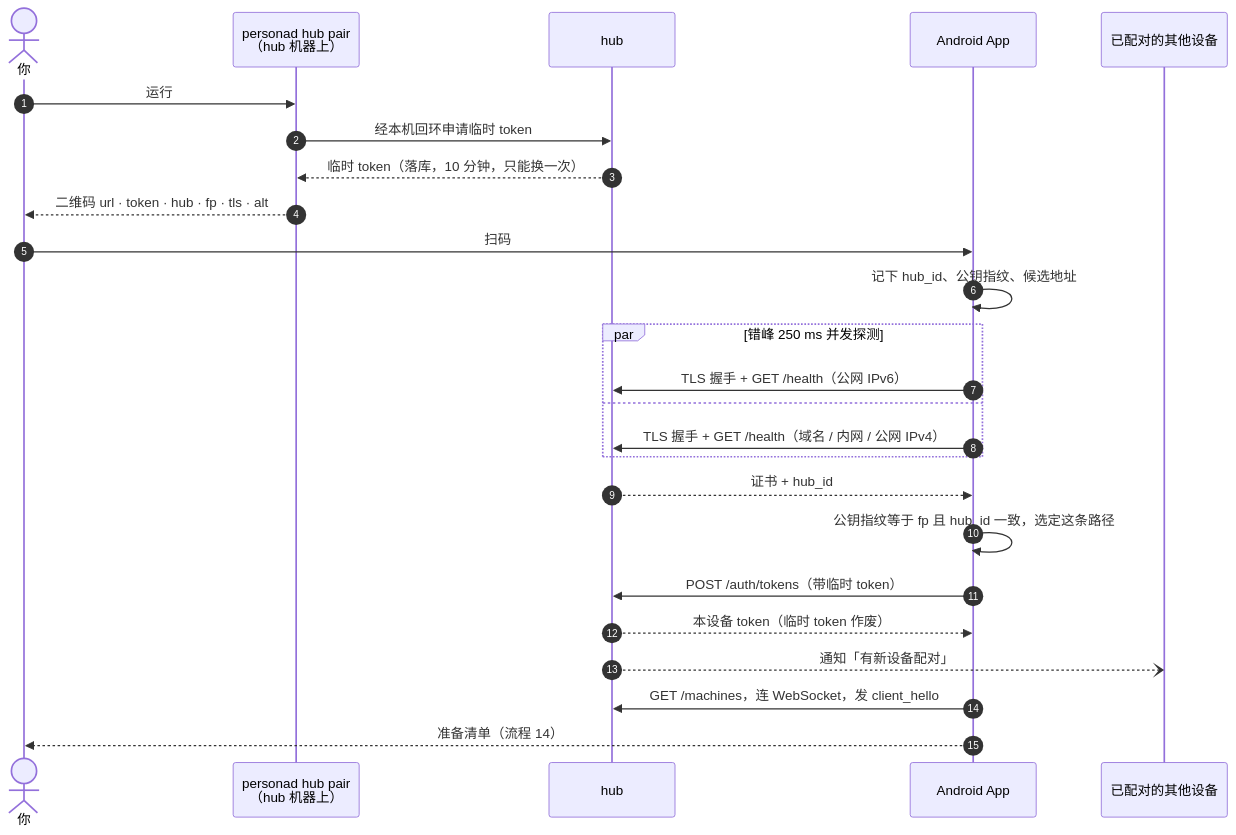
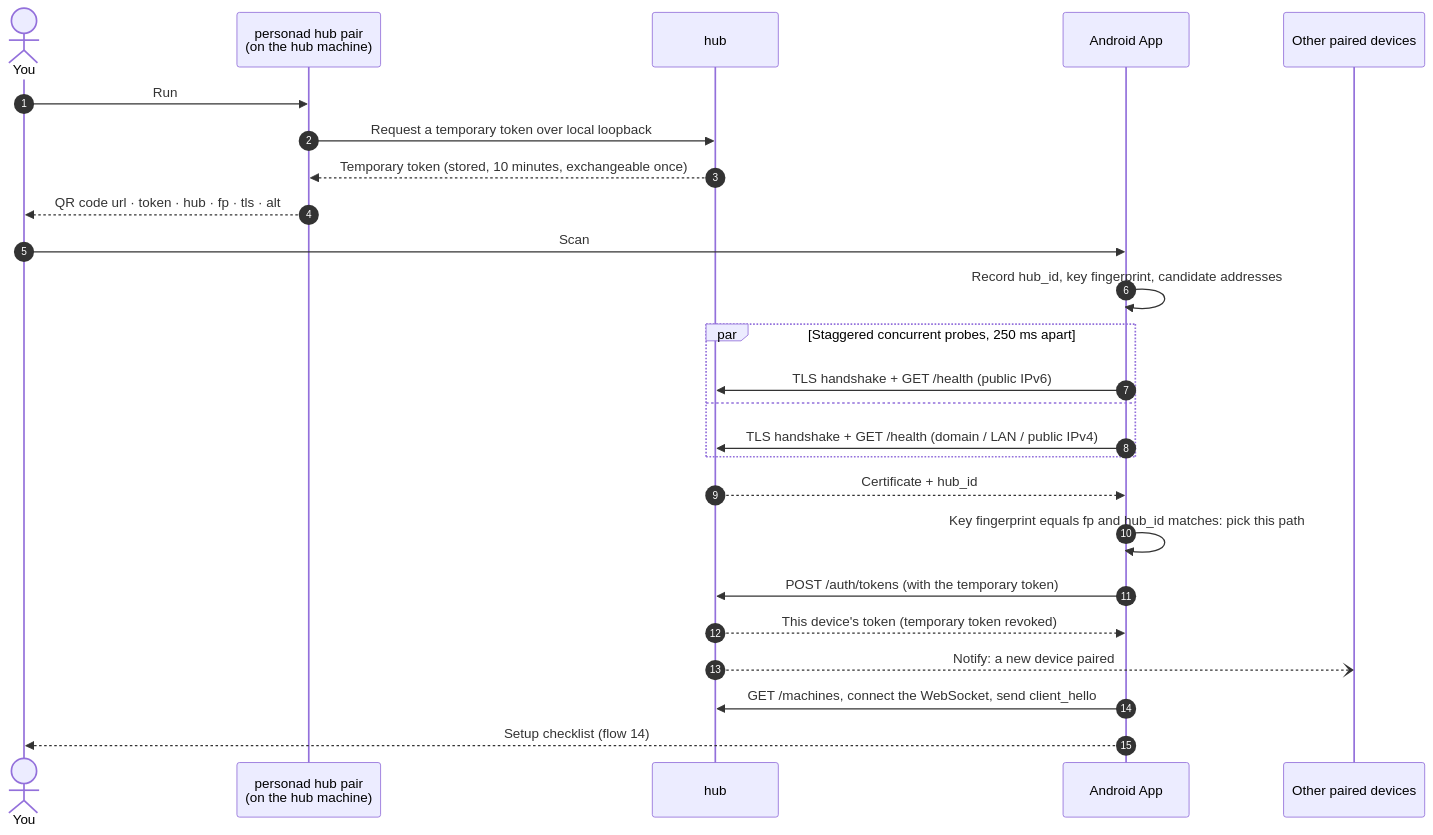
Before and after one commit to 413180794/persona: the second of 15 diagrams in docs/redesign/flows.md, drawn with Mermaid. The commit also changed other lines of this file and 6 other files, not shown here.

````diff
--- a/docs/redesign/flows.md
+++ b/docs/redesign/flows.md
@@ -47,27 +47,27 @@
 ```mermaid
 sequenceDiagram
   autonumber
-  actor U as 你
-  participant CLI as personad hub pair<br/>（hub 机器上）
+  actor U as You
+  participant CLI as personad hub pair<br/>(on the hub machine)
   participant H as hub
   participant A as Android App
-  participant O as 已配对的其他设备
-  U->>CLI: 运行
-  CLI->>H: 经本机回环申请临时 token
-  H-->>CLI: 临时 token（落库，10 分钟，只能换一次）
-  CLI-->>U: 二维码 url · token · hub · fp · tls · alt
-  U->>A: 扫码
-  A->>A: 记下 hub_id、公钥指纹、候选地址
-  par 错峰 250 ms 并发探测
-    A->>H: TLS 握手 + GET /health（公网 IPv6）
+  participant O as Other paired devices
+  U->>CLI: Run
+  CLI->>H: Request a temporary token over local loopback
+  H-->>CLI: Temporary token (stored, 10 minutes, exchangeable once)
+  CLI-->>U: QR code url · token · hub · fp · tls · alt
+  U->>A: Scan
+  A->>A: Record hub_id, key fingerprint, candidate addresses
+  par Staggered concurrent probes, 250 ms apart
+    A->>H: TLS handshake + GET /health (public IPv6)
   and
-    A->>H: TLS 握手 + GET /health（域名 / 内网 / 公网 IPv4）
+    A->>H: TLS handshake + GET /health (domain / LAN / public IPv4)
   end
-  H-->>A: 证书 + hub_id
-  A->>A: 公钥指纹等于 fp 且 hub_id 一致，选定这条路径
-  A->>H: POST /auth/tokens（带临时 token）
-  H-->>A: 本设备 token（临时 token 作废）
-  H--)O: 通知「有新设备配对」
-  A->>H: GET /machines，连 WebSocket，发 client_hello
-  A-->>U: 准备清单（流程 14）
+  H-->>A: Certificate + hub_id
+  A->>A: Key fingerprint equals fp and hub_id matches: pick this path
+  A->>H: POST /auth/tokens (with the temporary token)
+  H-->>A: This device's token (temporary token revoked)
+  H--)O: Notify: a new device paired
+  A->>H: GET /machines, connect the WebSocket, send client_hello
+  A-->>U: Setup checklist (flow 14)
 ```
````
